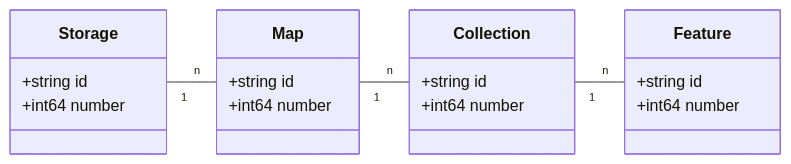
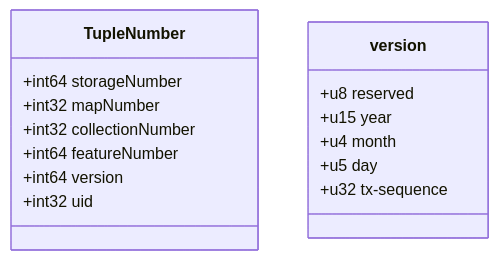
One commit to heremaps/naksha changed the fourth of 11 diagrams in docs/slides/SAL.md. Above: the diagram before and after it, drawn with Mermaid. The commit also changed other lines of this file and 26 other files, not shown here.

````diff
--- a/docs/slides/SAL.md
+++ b/docs/slides/SAL.md
@@ -27,23 +145,19 @@
 ```mermaid
 classDiagram
-	direction LR
-  class Storage {
-		+string id
-		+int64 number
-  }
-  class Map {
-		+string id
-		+int64 number
-  }
-	class Collection {
-		+string id
-		+int64 number
+	direction TB
+	class TupleNumber {
+		+int64 storageNumber
+		+int32 mapNumber
+		+int32 collectionNumber
+		+int64 featureNumber
+		+int64 version
+		+int32 uid
 	}
-	class Feature {
-		+string id
-		+int64 number
+	class version {
+		+u8 reserved
+		+u15 year
+		+u4 month
+		+u5 day
+		+u32 tx-sequence
 	}
-  Storage "1" -- "n" Map
-	Map "1" -- "n" Collection
-	Collection "1" -- "n" Feature  
 ```
````
